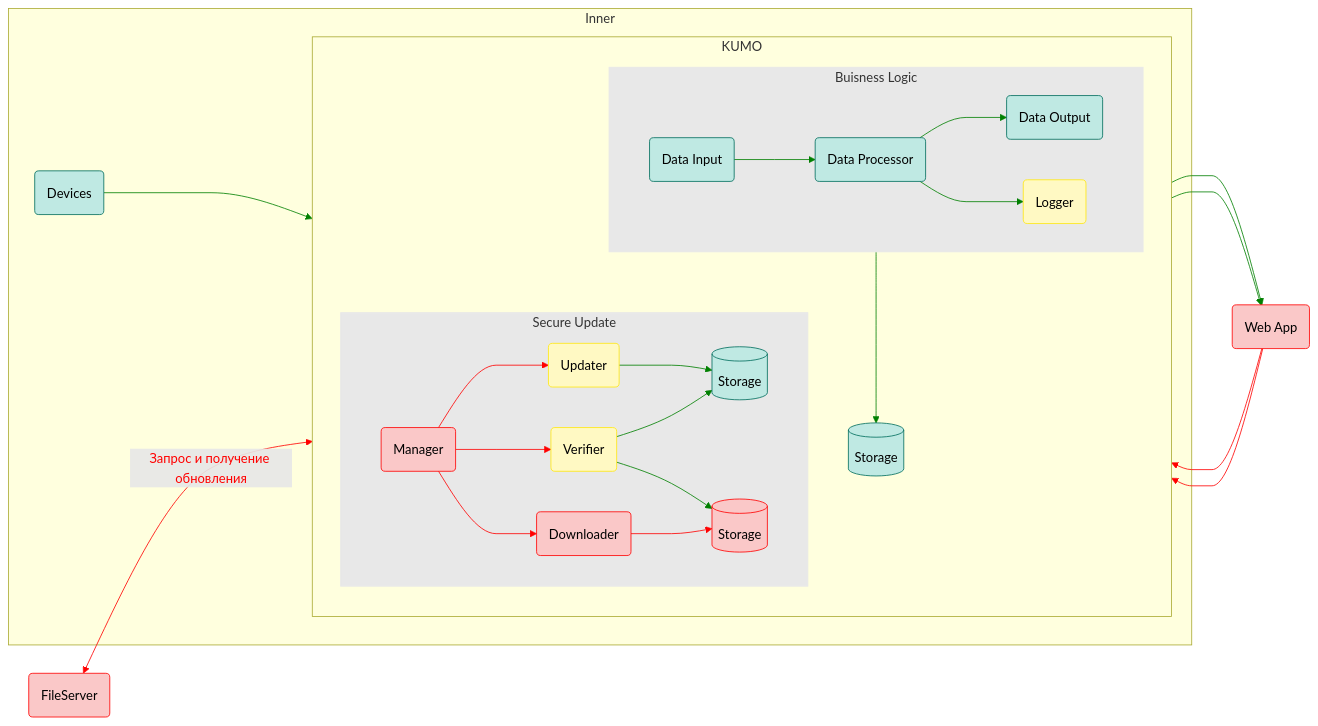
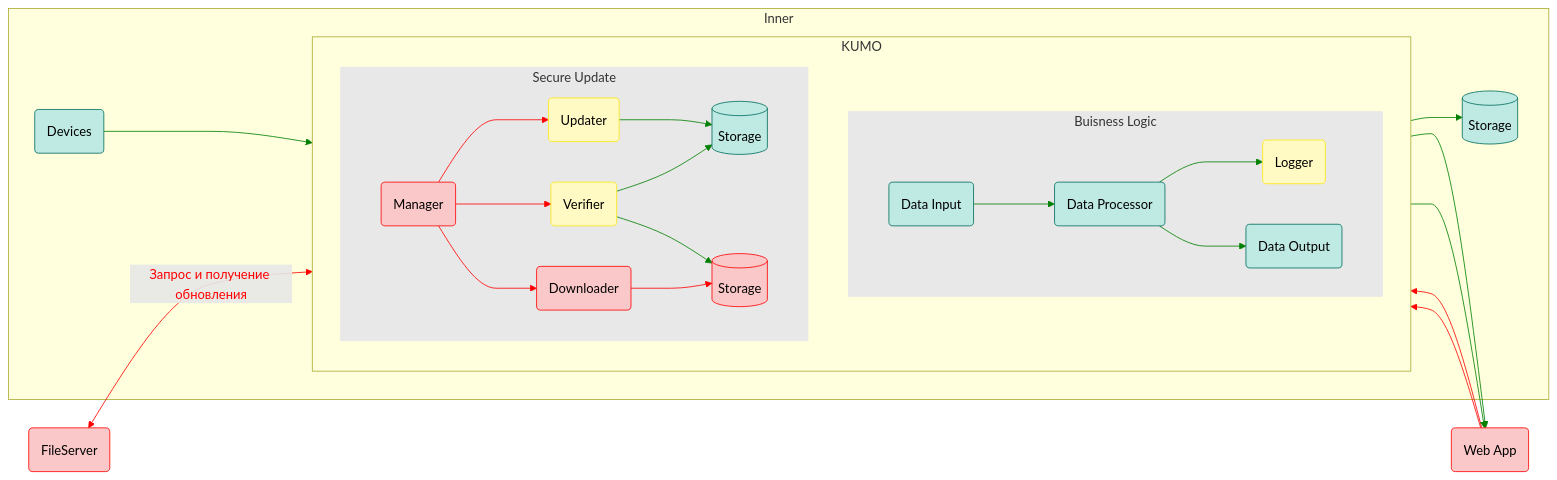
Before and after one commit to Krembrulena/Mini-course-on-the-Kaspersky-s-Cyber-Immune-approach-to-software-development: the diagram in KUMO.md, drawn with Mermaid. The commit also changed other lines of this file, not shown here.

````diff
--- a/KUMO.md
+++ b/KUMO.md
@@ -75,48 +75,48 @@
 ```mermaid
 %%{ init: { 'flowchart': { 'curve': 'monotoneX' } } }%%
 graph LR
   classDef untrust fill:#fac8c8, stroke:red, color:black;
   classDef trust fill:#bfe9e3, stroke:#006d5d, color:black;
   classDef conversion fill:#fff9c3, stroke:#ffe810, color:black;
   classDef Sub fill:#e8e8e8, stroke: #e8e8e8;
   subgraph Inner ["Inner"]
-    
+    log(Logger)-->str3[(Storage)]
     subgraph KUMO ["KUMO"]
       direction TB
       
       subgraph BL ["Buisness Logic"]
         direction LR
         in(Data Input)-->prc(Data Processor)-->out(Data Output)
         prc(Data Processor)-->log(Logger) 
       end
-    log(Logger)-->str3[(Storage)]
+    
 
     subgraph SU ["Secure Update"]
       direction LR
       mng(Manager)-->vrf(Verifier)
       upd(Updater)-->str1[(Storage)]
       vrf(Verifier)-->str1[(Storage)]
       vrf(Verifier)-->str2[(Storage)]
       mng(Manager)-->dwn(Downloader)
       dwn(Downloader)-->str2[(Storage)]
       mng(Manager)-->upd(Updater)   
       end
     end
     
     dev(Devices)-->in
     
   end  
   fs(FileServer)<-->|"Запрос и получение обновления"|dwn
   out-->wapp(Web App)
   wapp(Web App)-->mng
   wapp(Web App)-->log
   log-->wapp(Web App)
   
 
   class BL,SU Sub
   class str2,mng,dwn,fs,wapp untrust
   class upd,vrf,log conversion
   class str1,str3,dev,in,prc,out trust
   linkStyle 0,1,2,3,5,6,7,11,13,16 color:green, stroke: green;
   linkStyle 4,8,9,10,12,14,15 color:red, stroke: red; 
 ```
````
